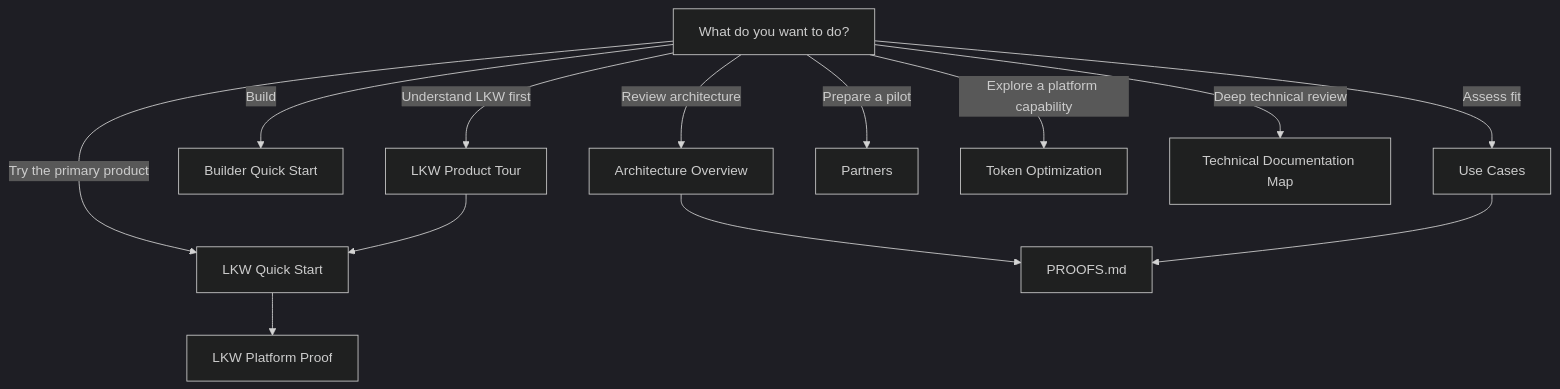
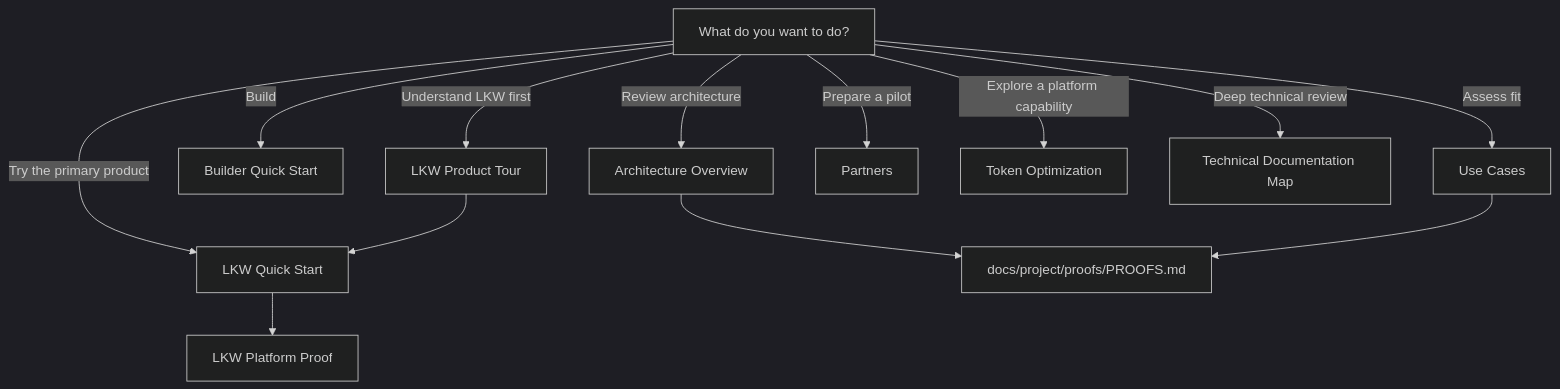
The diagram in docs/project/community/PUBLIC_DOCUMENTATION_MAP.md (jakbuczarnecki/intergrax), drawn with Mermaid (dark theme) before and after one commit. The commit also changed other lines of this file and 397 other files, not shown here.

````diff
--- a/docs/project/community/PUBLIC_DOCUMENTATION_MAP.md
+++ b/docs/project/community/PUBLIC_DOCUMENTATION_MAP.md
@@ -15,17 +15,17 @@
 ```mermaid
 flowchart TD
     S[What do you want to do?]
     S -->|Try the primary product| Q[LKW Quick Start]
     S -->|Understand LKW first| T[LKW Product Tour]
     S -->|Build| B[Builder Quick Start]
     S -->|Review architecture| A[Architecture Overview]
     S -->|Assess fit| U[Use Cases]
     S -->|Prepare a pilot| P[Partners]
     S -->|Explore a platform capability| O[Token Optimization]
     S -->|Deep technical review| D[Technical Documentation Map]
 
     T --> Q
     Q --> L[LKW Platform Proof]
-    A --> R[PROOFS.md]
+    A --> R[docs/project/proofs/PROOFS.md]
     U --> R
 ```
````
